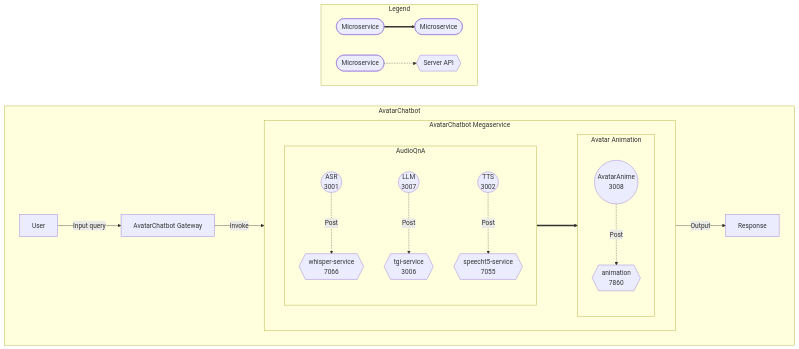
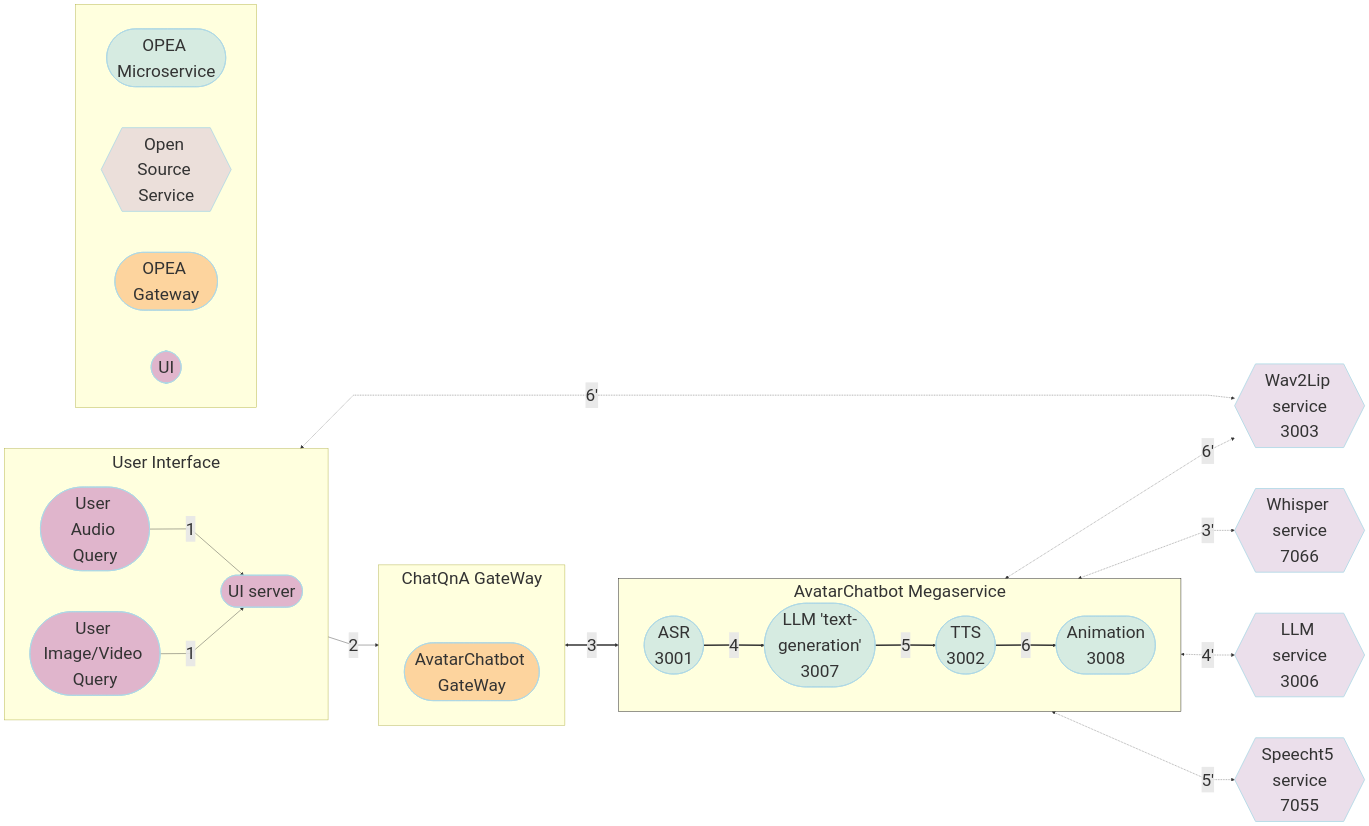
The diagram in AvatarChatbot/docker/gaudi/README.md (opea-project/GenAIExamples), drawn with Mermaid before and after one commit.

Commit message:
Update the mermaid flowchart for AvatarChatbot

````diff
--- a/AvatarChatbot/docker/gaudi/README.md
+++ b/AvatarChatbot/docker/gaudi/README.md
@@ -7,29 +7,69 @@
 ```mermaid
+---
+config:
+  flowchart:
+    nodeSpacing: 100
+    rankSpacing: 100
+    curve: linear
+  themeVariables:
+    fontSize: 42px
+---
 flowchart LR
-    subgraph AvatarChatbot
+    %% Colors %%
+    classDef blue fill:#ADD8E6,stroke:#ADD8E6,stroke-width:2px,fill-opacity:0.5
+    classDef thistle fill:#D8BFD8,stroke:#ADD8E6,stroke-width:2px,fill-opacity:0.5
+    classDef orange fill:#FBAA60,stroke:#ADD8E6,stroke-width:2px,fill-opacity:0.5
+    classDef orchid fill:#C26DBC,stroke:#ADD8E6,stroke-width:2px,fill-opacity:0.5
+    classDef invisible fill:transparent,stroke:transparent;
+    style AvatarChatbot-Megaservice stroke:#000000
+
+    %% Subgraphs %%    
+    subgraph AvatarChatbot-Megaservice["AvatarChatbot Megaservice"]
         direction LR
-        A[User] --> |Input query| B[AvatarChatbot Gateway]
-        B --> |Invoke| Megaservice
-        subgraph Megaservice["AvatarChatbot Megaservice"]
-            direction LR
-            subgraph AudioQnA["AudioQnA"]
-                direction TB
-                C((ASR<br>3001)) -. Post .-> D{{whisper-service<br>7066}}
-                E((LLM<br>3007)) -. Post .-> F{{tgi-service<br>3006}}
-                G((TTS<br>3002)) -. Post .-> H{{speecht5-service<br>7055}}
-            end
-            subgraph AvatarAnimation["Avatar Animation"]
-                direction TB
-                I((AvatarAnime<br>3008)) -. Post .-> J{{animation<br>7860}}
-            end
-            AudioQnA ==> AvatarAnimation
-        end
-        Megaservice --> |Output| K[Response]
+        ASR([ASR<br>3001]):::blue
+        LLM([LLM 'text-generation'<br>3007]):::blue
+        TTS([TTS<br>3002]):::blue
+        animation([Animation<br>3008]):::blue
+    end
+    subgraph UserInterface["User Interface"]
+        direction LR
+        invis1[ ]:::invisible
+        USER1([User Audio Query]):::orchid
+        USER2([User Image/Video Query]):::orchid
+        UI([UI server<br>]):::orchid
+    end
+    subgraph ChatQnA GateWay
+        direction LR
+        invis2[ ]:::invisible
+        GW([AvatarChatbot GateWay<br>]):::orange
+    end
+    subgraph  
+        direction LR
+        X([OPEA Microservice]):::blue
+        Y{{Open Source Service}}:::thistle
+        Z([OPEA Gateway]):::orange
+        Z1([UI]):::orchid
     end
 
-    subgraph Legend
-        direction LR
-        L([Microservice]) ==> M([Microservice])
-        N([Microservice]) -.-> O{{Server API}}
-    end
+    %% Services %%    
+    WHISPER{{Whisper service<br>7066}}:::thistle
+    TGI{{LLM service<br>3006}}:::thistle
+    T5{{Speecht5 service<br>7055}}:::thistle
+    WAV2LIP{{Wav2Lip service<br>3003}}:::thistle
+
+    %% Connections %%
+    direction LR
+    USER1 -->|1| UI
+    UI -->|2| GW
+    GW <==>|3| AvatarChatbot-Megaservice
+    ASR ==>|4| LLM ==>|5| TTS ==>|6| animation
+
+    direction TB
+    ASR <-.->|3'| WHISPER
+    LLM <-.->|4'| TGI
+    TTS <-.->|5'| T5
+    animation <-.->|6'| WAV2LIP
+
+    USER2 -->|1| UI
+    UI <-.->|6'| WAV2LIP
 ```
````
